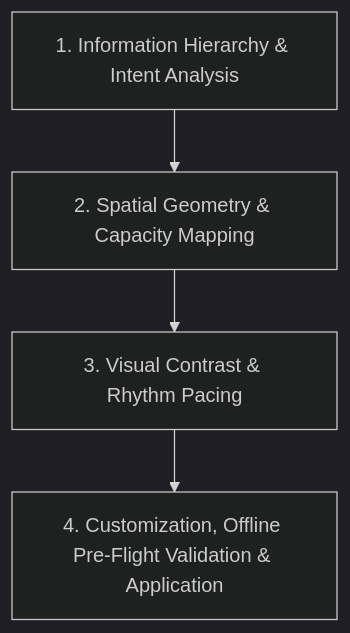
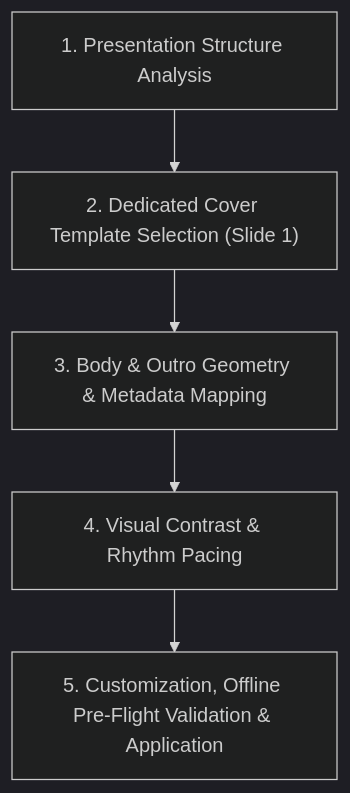
One commit to qhuydtvt/aha-skills changed the diagram in workflows/template_selection/template_selection_workflow.md. Above: the diagram before and after it, drawn with Mermaid (dark theme). The commit also changed other lines of this file, not shown here.

Commit message:
feat: add dedicated cover template selection step to template selection workflow

````diff
--- a/workflows/template_selection/template_selection_workflow.md
+++ b/workflows/template_selection/template_selection_workflow.md
@@ -10,6 +10,7 @@
 ```mermaid
 flowchart TD
-    A["1. Information Hierarchy & Intent Analysis"] --> B["2. Spatial Geometry & Capacity Mapping"]
-    B --> C["3. Visual Contrast & Rhythm Pacing"]
-    C --> D["4. Customization, Offline Pre-Flight Validation & Application"]
+    A["1. Presentation Structure Analysis"] --> B["2. Dedicated Cover Template Selection (Slide 1)"]
+    B --> C["3. Body & Outro Geometry & Metadata Mapping"]
+    C --> D["4. Visual Contrast & Rhythm Pacing"]
+    D --> E["5. Customization, Offline Pre-Flight Validation & Application"]
 ```
````
